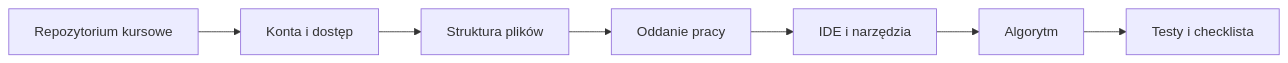
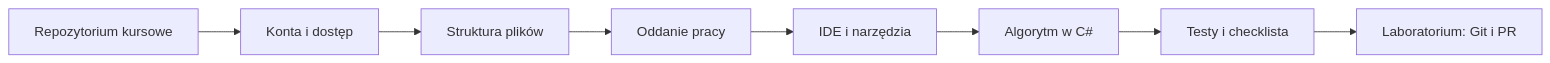
Before and after one commit to tborzyszkowski/warsztat-programisty-pjatk: the diagram in src/01-organizacja/README.md, drawn with Mermaid. The commit also changed other lines of this file and 17 other files, not shown here.

````diff
--- a/src/01-organizacja/README.md
+++ b/src/01-organizacja/README.md
@@ -40,9 +44,10 @@
 ```mermaid
 flowchart LR
     A[Repozytorium kursowe] --> B[Konta i dostęp]
     B --> C[Struktura plików]
     C --> D[Oddanie pracy]
     D --> E[IDE i narzędzia]
-    E --> F[Algorytm]
+    E --> F[Algorytm w C#]
     F --> G[Testy i checklista]
+    G --> H[Laboratorium: Git i PR]
 ```
````
